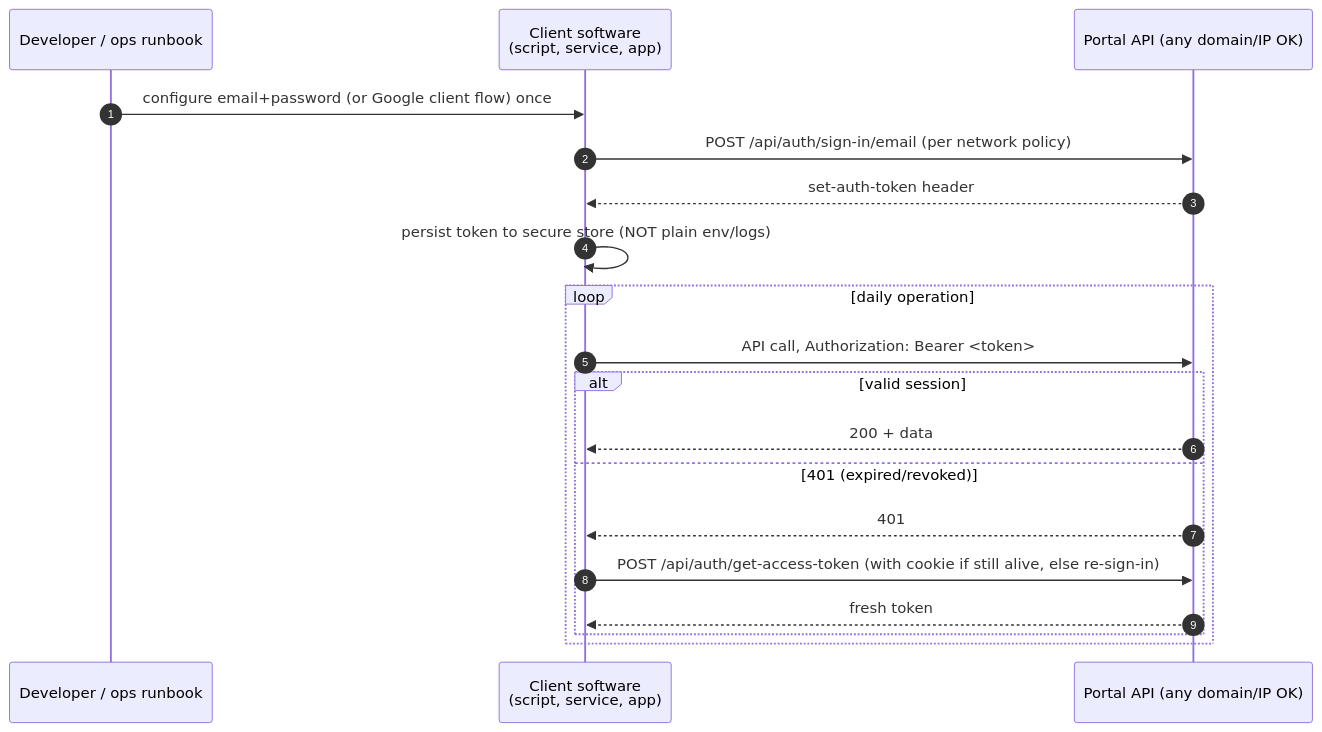
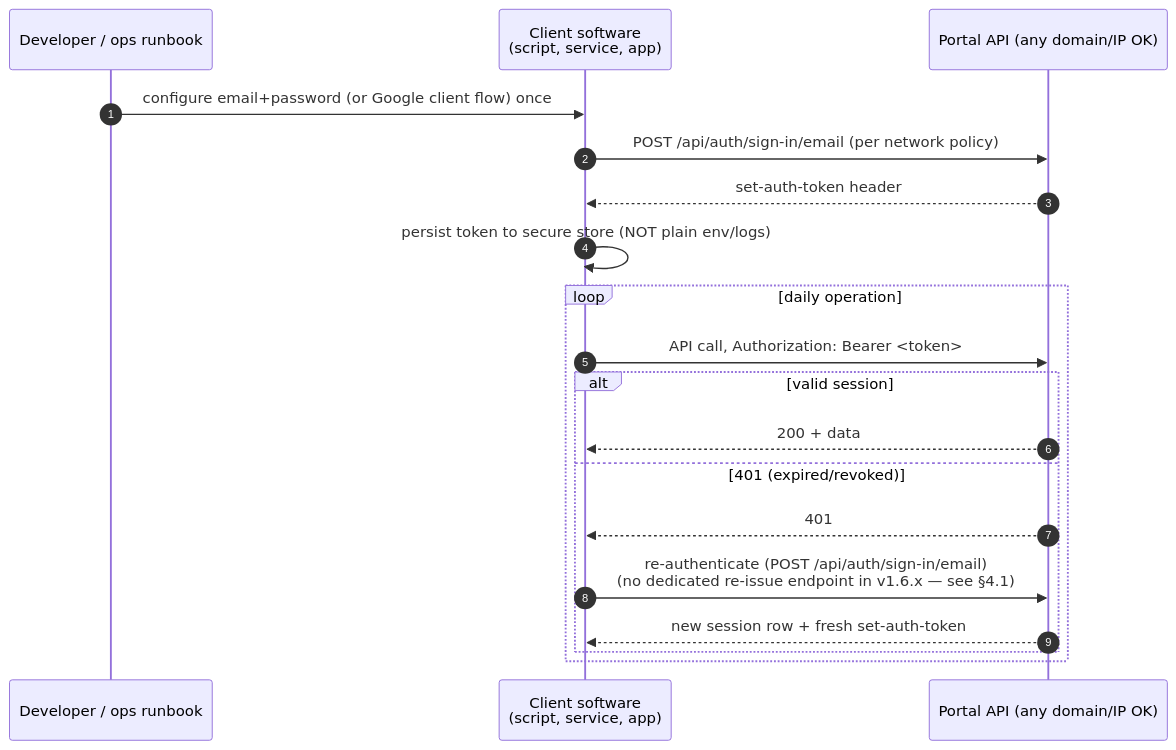
The fourth of 4 diagrams in documents/feature-planning-and-development/bearer-token-remote-access.md (johnlynas/nipp), drawn with Mermaid before and after one commit. The commit also changed other lines of this file, not shown here.

First line of the commit message:
docs(auth): correct get-access-token re-issue assumption against v1.6.x source

````diff
--- a/documents/feature-planning-and-development/bearer-token-remote-access.md
+++ b/documents/feature-planning-and-development/bearer-token-remote-access.md
@@ -230,22 +230,22 @@
 ```mermaid
 sequenceDiagram
     autonumber
     participant U as Developer / ops runbook
     participant S as Client software<br/>(script, service, app)
     participant P as Portal API (any domain/IP OK)
 
     U->>S: configure email+password (or Google client flow) once
     S->>P: POST /api/auth/sign-in/email (per network policy)
     P-->>S: set-auth-token header
     S->>S: persist token to secure store (NOT plain env/logs)
     loop daily operation
         S->>P: API call, Authorization: Bearer <token>
         alt valid session
             P-->>S: 200 + data
         else 401 (expired/revoked)
             P-->>S: 401
-            S->>P: POST /api/auth/get-access-token (with cookie if still alive, else re-sign-in)
-            P-->>S: fresh token
+            S->>P: re-authenticate (POST /api/auth/sign-in/email)<br/>(no dedicated re-issue endpoint in v1.6.x — see §4.1)
+            P-->>S: new session row + fresh set-auth-token
         end
     end
 ```
````
